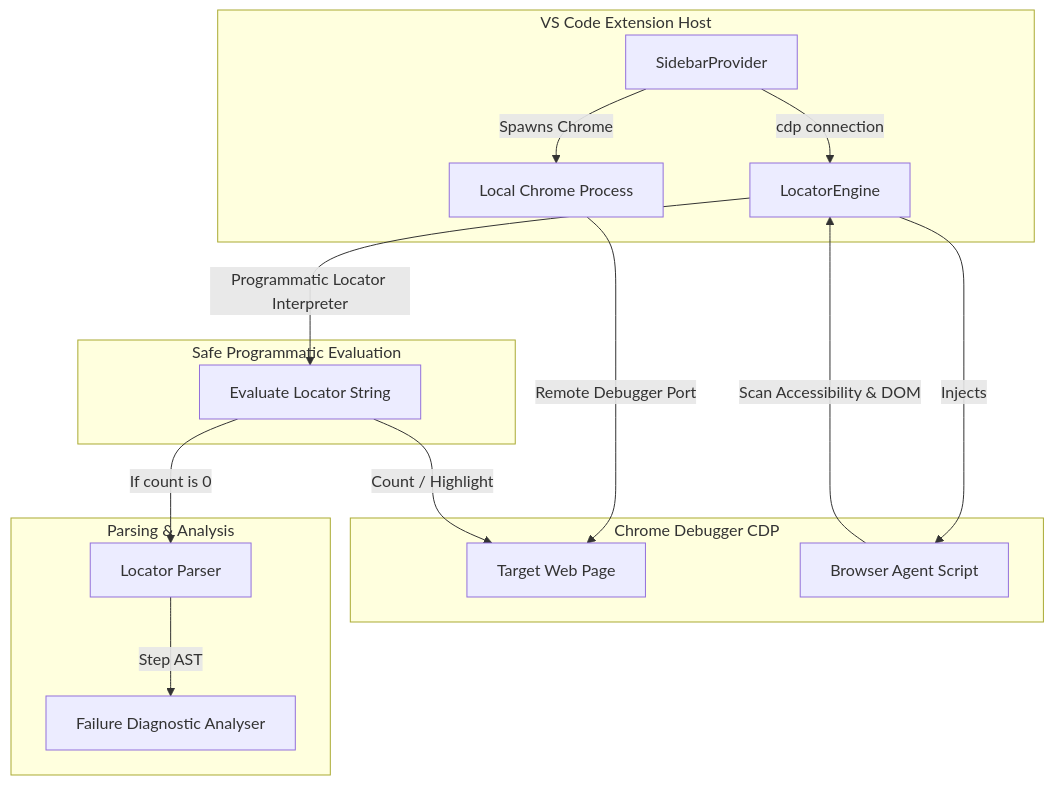
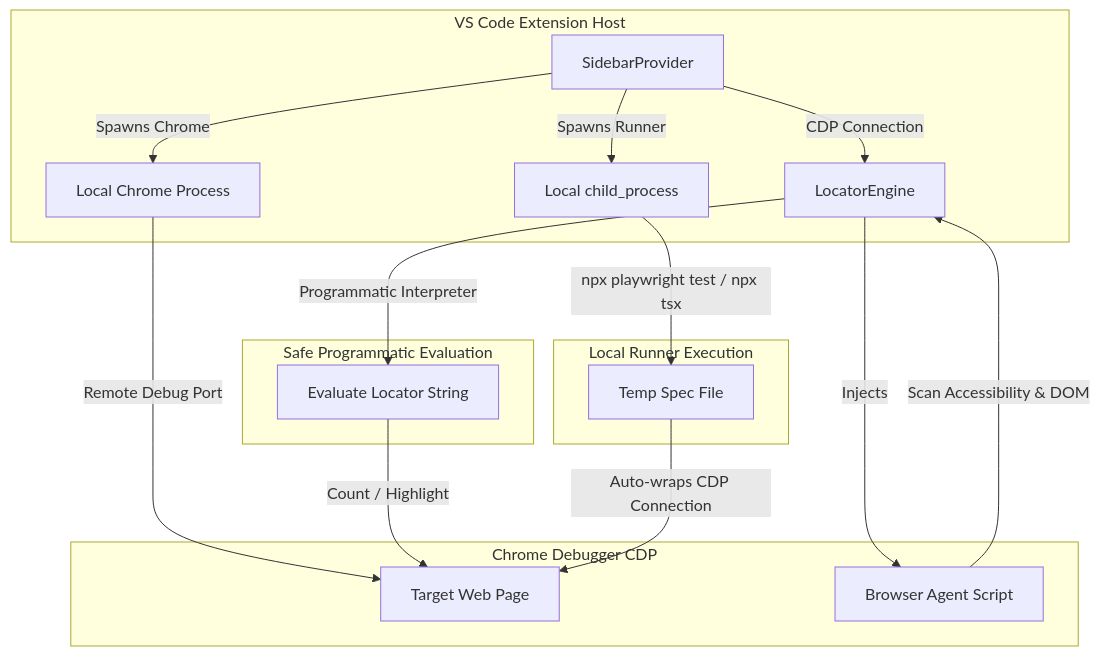
One commit to Sudharsandhoni/PlaywrightLocatorToolkit changed the diagram in README.md. Above: the diagram before and after it, drawn with Mermaid. The commit also changed other lines of this file and 24 other files, not shown here.

````diff
--- a/README.md
+++ b/README.md
@@ -67,23 +101,24 @@
 ```mermaid
 flowchart TD
     subgraph VS Code Extension Host
         A[SidebarProvider] -->|Spawns Chrome| B[Local Chrome Process]
-        A -->|cdp connection| C[LocatorEngine]
+        A -->|CDP Connection| C[LocatorEngine]
+        A -->|Spawns Runner| G["Local child_process"]
     end
 
     subgraph Chrome Debugger CDP
-        B -->|Remote Debugger Port| D[Target Web Page]
+        B -->|Remote Debug Port| D[Target Web Page]
         C -->|Injects| E[Browser Agent Script]
     end
 
     subgraph Safe Programmatic Evaluation
-        C -->|Programmatic Locator Interpreter| F[Evaluate Locator String]
+        C -->|Programmatic Interpreter| F[Evaluate Locator String]
         F -->|Count / Highlight| D
         E -->|Scan Accessibility & DOM| C
     end
 
-    subgraph Parsing & Analysis
-        F -->|If count is 0| G[Locator Parser]
-        G -->|Step AST| H[Failure Diagnostic Analyser]
+    subgraph Local Runner Execution
+        G -->|npx playwright test / npx tsx| H["Temp Spec File"]
+        H -->|Auto-wraps CDP Connection| D
     end
 ```
````
